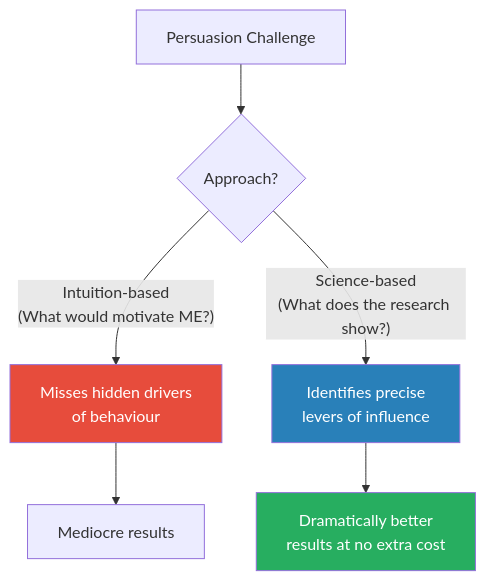
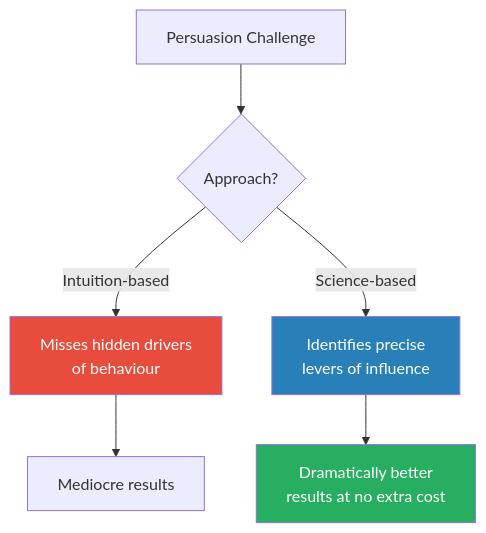
The first of 10 diagrams in summaries/Power & Influence/Yes! 50 Scientifically Proven Ways - Goldstein, Martin & Cialdini.md (alius33/reader), drawn with Mermaid before and after one commit. The commit also changed other lines of this file and 272 other files, not shown here.

````diff
--- a/summaries/Power & Influence/Yes! 50 Scientifically Proven Ways - Goldstein, Martin & Cialdini.md
+++ b/summaries/Power & Influence/Yes! 50 Scientifically Proven Ways - Goldstein, Martin & Cialdini.md
@@ -53,11 +59,11 @@
 ```mermaid
 flowchart TD
     A["Persuasion Challenge"] --> B{"Approach?"}
-    B -->|"Intuition-based\n(What would motivate ME?)"| C["Misses hidden drivers\nof behaviour"]
-    B -->|"Science-based\n(What does the research show?)"| D["Identifies precise\nlevers of influence"]
+    B -->|"Intuition-based"| C["Misses hidden drivers<br>of behaviour"]
+    B -->|"Science-based"| D["Identifies precise<br>levers of influence"]
     C --> E["Mediocre results"]
-    D --> F["Dramatically better\nresults at no extra cost"]
+    D --> F["Dramatically better<br>results at no extra cost"]
     style C fill:#e74c3c,color:#fff
     style D fill:#2980b9,color:#fff
     style F fill:#27ae60,color:#fff
 ```
````
